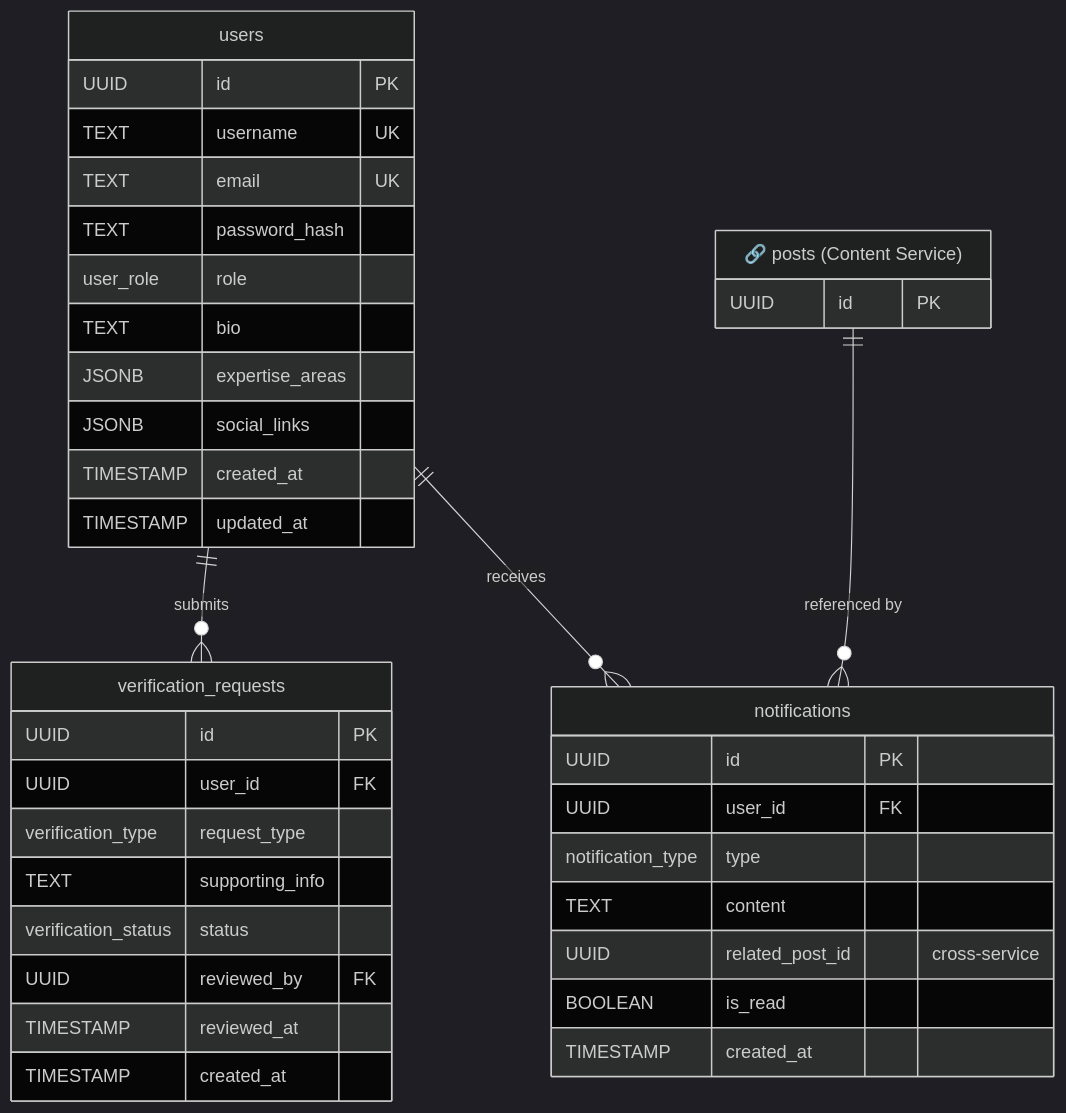
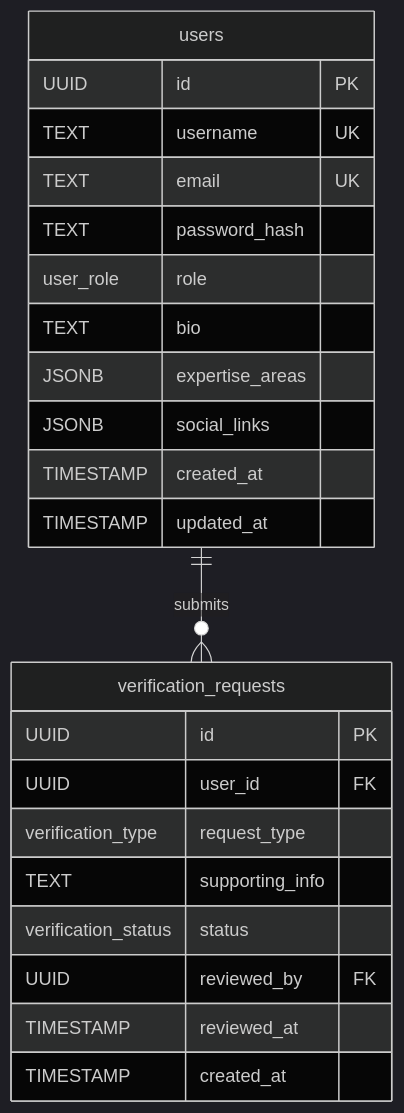
The diagram in docs/database/user_service_schema.md (AET-DevOps26/team-colleague-md), drawn with Mermaid (dark theme) before and after one commit. The commit also changed other lines of this file and 2 other files, not shown here.

Commit message:
doc: move notificaiton table to recommendation service

````diff
--- a/docs/database/user_service_schema.md
+++ b/docs/database/user_service_schema.md
@@ -95,47 +69,28 @@
 ```mermaid
 erDiagram
-    %% ── Internal tables ──
     users {
         UUID id PK
         TEXT username UK
         TEXT email UK
         TEXT password_hash
         user_role role
         TEXT bio
         JSONB expertise_areas
         JSONB social_links
         TIMESTAMP created_at
         TIMESTAMP updated_at
     }
 
     verification_requests {
         UUID id PK
         UUID user_id FK
         verification_type request_type
         TEXT supporting_info
         verification_status status
         UUID reviewed_by FK
         TIMESTAMP reviewed_at
         TIMESTAMP created_at
     }
 
-    notifications {
-        UUID id PK
-        UUID user_id FK
-        notification_type type
-        TEXT content
-        UUID related_post_id "cross-service"
-        BOOLEAN is_read
-        TIMESTAMP created_at
-    }
-
-    %% ── External references ──
-    POSTS_EXT["🔗 posts (Content Service)"] {
-        UUID id PK
-    }
-
-    %% ── Relationships ──
     users ||--o{ verification_requests : "submits"
-    users ||--o{ notifications : "receives"
-    POSTS_EXT ||--o{ notifications : "referenced by"
 ```
````
